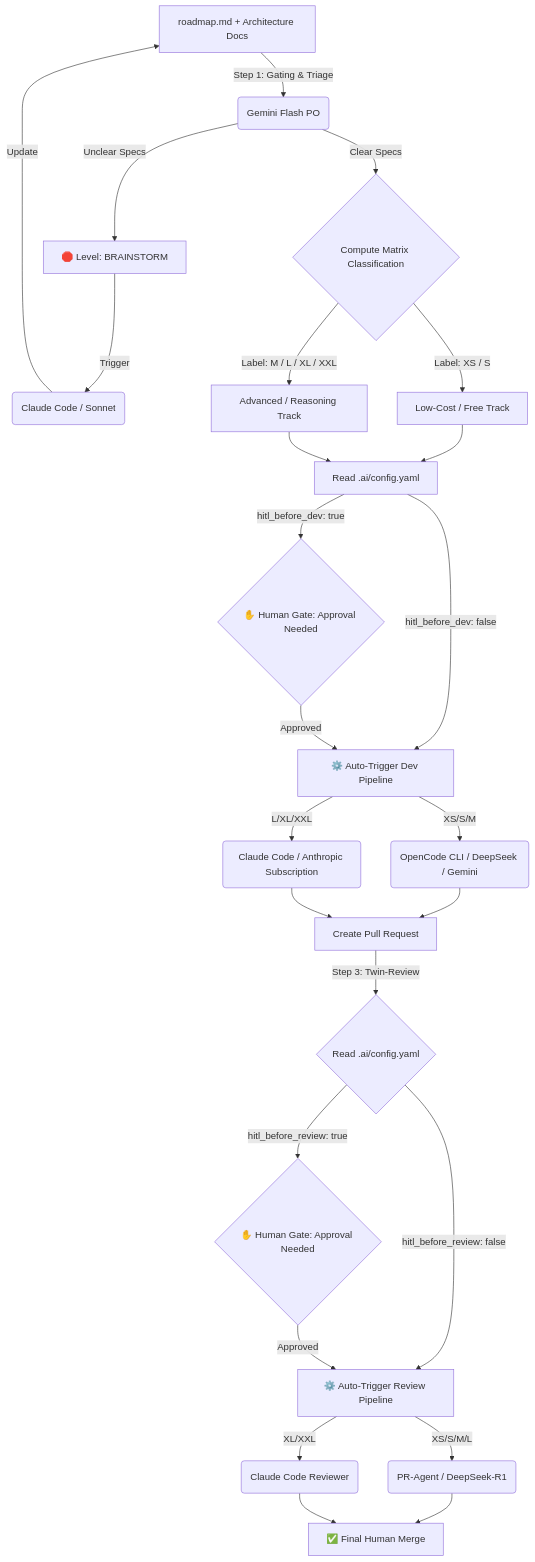
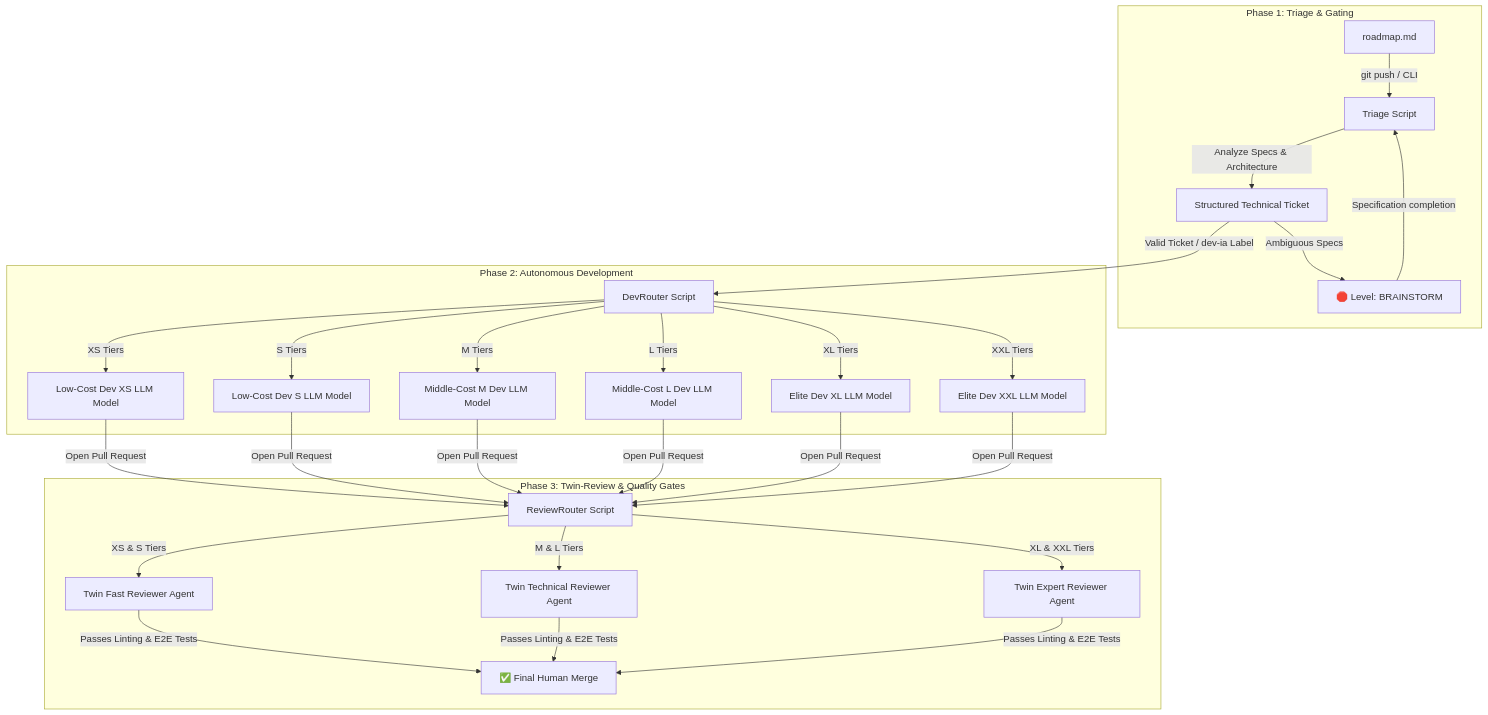
Before and after one commit to fletort/smart-ai-factory: the diagram in README.md, drawn with Mermaid. The commit also changed other lines of this file and 4 other files, not shown here.

Commit message:
doc: Adds technical specifications for triage workflows (#3)

````diff
--- a/README.md
+++ b/README.md
@@ -11,40 +11,36 @@
 ```mermaid
+graph TD
+    subgraph Phase 1: Triage & Gating
+        RM[roadmap.md] -->|git push / CLI| TR[Triage Script]
+        TR -->|Analyze Specs & Architecture| JSON[Structured Technical Ticket]
+        JSON -->|Ambiguous Specs| BS[🛑 Level: BRAINSTORM]
+        BS -->|Specification completion| TR
+    end
 
-graph TD
-    A[roadmap.md + Architecture Docs] -->|Step 1: Gating & Triage| B(Gemini Flash PO)
+    subgraph Phase 2: Autonomous Development
+        JSON -->|Valid Ticket / dev-ia Label| DEV[DevRouter Script]
+        DEV -->|XS Tiers| XS_DEV[Low-Cost Dev XS LLM Model]
+        DEV -->|S Tiers| S_DEV[Low-Cost Dev S LLM Model]
+        DEV -->|M Tiers| M_DEV[Middle-Cost M Dev LLM Model]
+        DEV -->|L Tiers| L_DEV[Middle-Cost L Dev LLM Model]
+        DEV -->|XL Tiers| XL_DEV[Elite Dev XL LLM Model]
+        DEV -->|XXL Tiers| XXL_DEV[Elite Dev XXL LLM Model]
+    end
 
-    B -->|Unclear Specs| C[🛑 Level: BRAINSTORM]
-    C -->|Trigger| C1(Claude Code / Sonnet)
-    C1 -->|Update| A
+    subgraph Phase 3: Twin-Review & Quality Gates
+        XS_DEV -->|Open Pull Request| REV[ReviewRouter Script]
+        S_DEV -->|Open Pull Request| REV
+        M_DEV -->|Open Pull Request| REV
+        L_DEV -->|Open Pull Request| REV
+        XL_DEV -->|Open Pull Request| REV
+        XXL_DEV -->|Open Pull Request| REV
 
-    B -->|Clear Specs| D{Compute Matrix Classification}
-    D -->|Label: XS / S| E[Low-Cost / Free Track]
-    D -->|Label: M / L / XL / XXL| F[Advanced / Reasoning Track]
+        REV -->|XS & S Tiers| REV_FAST[Twin Fast Reviewer Agent]
+        REV -->|M & L Tiers| REV_TECH[Twin Technical Reviewer Agent]
+        REV -->|XL & XXL Tiers| REV_ARCHI[Twin Expert Reviewer Agent]
 
-    E --> G[Read .ai/config.yaml]
-    F --> G
-
-    G -->|hitl_before_dev: true| H{✋ Human Gate: Approval Needed}
-    G -->|hitl_before_dev: false| I[⚙️ Auto-Trigger Dev Pipeline]
-
-    H -->|Approved| I
-
-    I -->|XS/S/M| I1(OpenCode CLI / DeepSeek / Gemini)
-    I -->|L/XL/XXL| I2(Claude Code / Anthropic Subscription)
-
-    I1 --> J[Create Pull Request]
-    I2 --> J
-
-    J -->|Step 3: Twin-Review| K{Read .ai/config.yaml}
-    K -->|hitl_before_review: true| L{✋ Human Gate: Approval Needed}
-    K -->|hitl_before_review: false| M[⚙️ Auto-Trigger Review Pipeline]
-
-    L -->|Approved| M
-
-    M -->|XS/S/M/L| M1(PR-Agent / DeepSeek-R1)
-    M -->|XL/XXL| M2(Claude Code Reviewer)
-
-    M1 --> N[✅ Final Human Merge]
-    M2 --> N
-
+        REV_FAST -->|Passes Linting & E2E Tests| MRG[✅ Final Human Merge]
+        REV_TECH -->|Passes Linting & E2E Tests| MRG
+        REV_ARCHI -->|Passes Linting & E2E Tests| MRG
+    end
 ```
````
